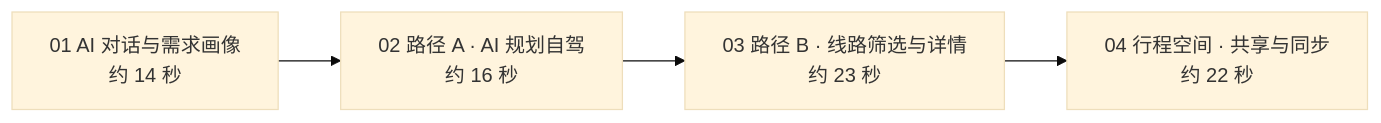
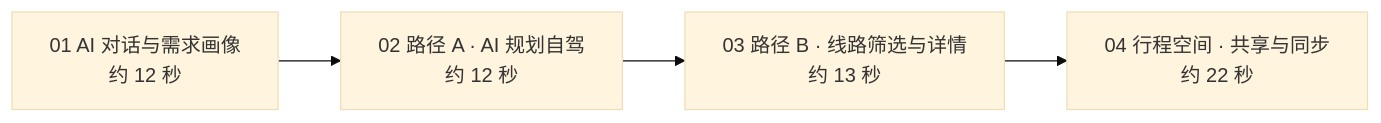
Before and after one commit to JohnMaxwell0123/TripCraft: the third of 6 diagrams in docs/SHOWCASE-web-design.md, drawn with Mermaid (base theme). The commit also changed other lines of this file and 14 other files, not shown here.

````diff
--- a/docs/SHOWCASE-web-design.md
+++ b/docs/SHOWCASE-web-design.md
@@ -220,4 +234,4 @@
 ```mermaid
 flowchart LR
-    S1["01 AI 对话与需求画像<br/>约 14 秒"] --> S2["02 路径 A · AI 规划自驾<br/>约 16 秒"] --> S3["03 路径 B · 线路筛选与详情<br/>约 23 秒"] --> S4["04 行程空间 · 共享与同步<br/>约 22 秒"]
+    S1["01 AI 对话与需求画像<br/>约 12 秒"] --> S2["02 路径 A · AI 规划自驾<br/>约 12 秒"] --> S3["03 路径 B · 线路筛选与详情<br/>约 13 秒"] --> S4["04 行程空间 · 共享与同步<br/>约 22 秒"]
 ```
````
